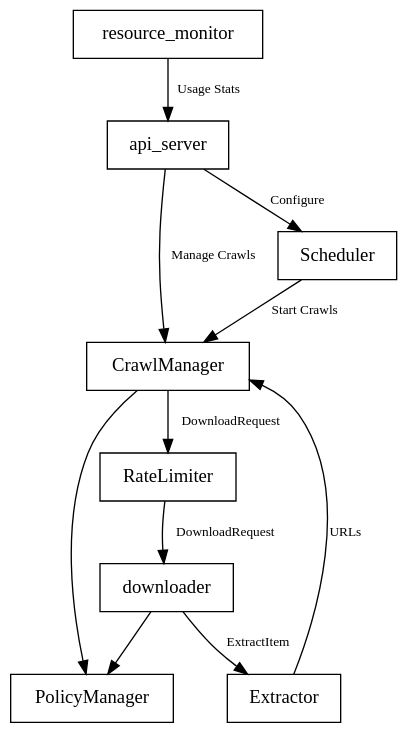
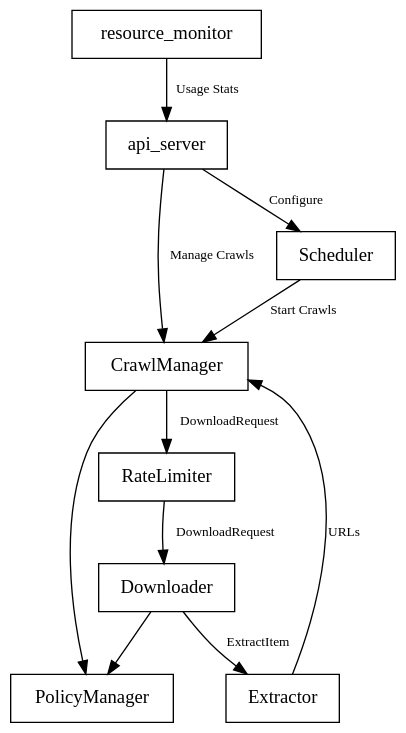
Before and after one commit to HyperionGray/starbelly: the second of 2 diagrams in docs/internals.rst, drawn with Graphviz. The commit also changed other lines of this file and 3 other files, not shown here.

```diff
--- a/docs/internals.rst
+++ b/docs/internals.rst
@@ -59,29 +59,29 @@
 .. graphviz::
 
     digraph system_diagram {
         graph [bgcolor=transparent];
         node [shape=box];
         edge [fontsize=10];
 
         // Nodes
         api_server;
         crawl_manager [label="CrawlManager"];
         policy_manager [label="PolicyManager",href="#policy"];
         rate_limiter [label="RateLimiter",href="#rate-limiter"];
-        downloader;
+        downloader [label="Downloader",href="#downloader"];
         extractor [label="Extractor",href="#extractor"];
         resource_monitor;
         scheduler [label="Scheduler",href="#scheduler"];
 
         // Edges
         api_server -> crawl_manager [label="Manage Crawls"];
         api_server -> scheduler [label="Configure"];
         resource_monitor -> api_server [label="Usage Stats"];
         scheduler -> crawl_manager [label="Start Crawls"];
         crawl_manager -> rate_limiter [label="DownloadRequest"];
         crawl_manager -> policy_manager;
         rate_limiter -> downloader [label="DownloadRequest"];
         downloader -> extractor [label="ExtractItem"];
         downloader -> policy_manager;
         extractor -> crawl_manager [label="URLs"];
     }
```
